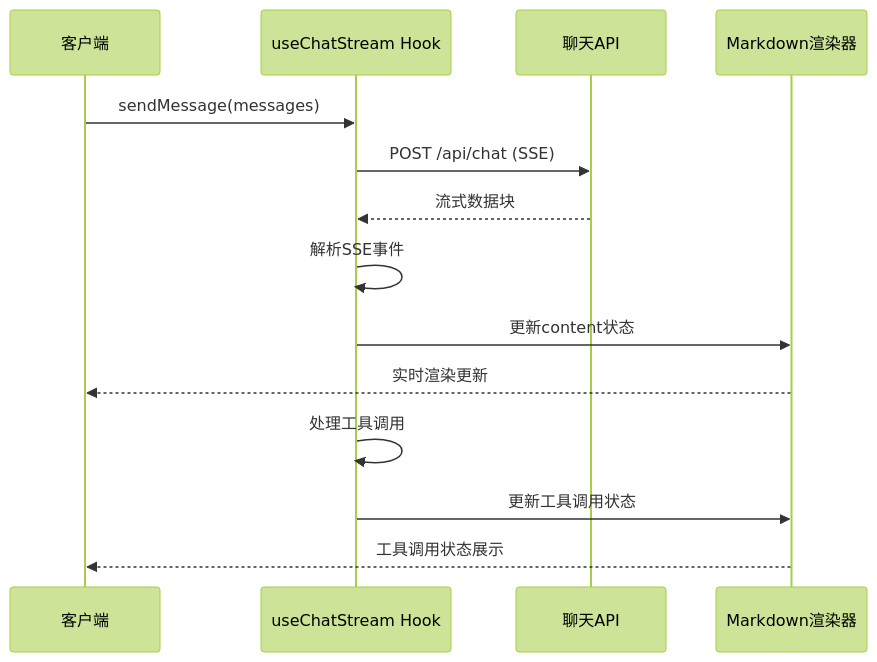
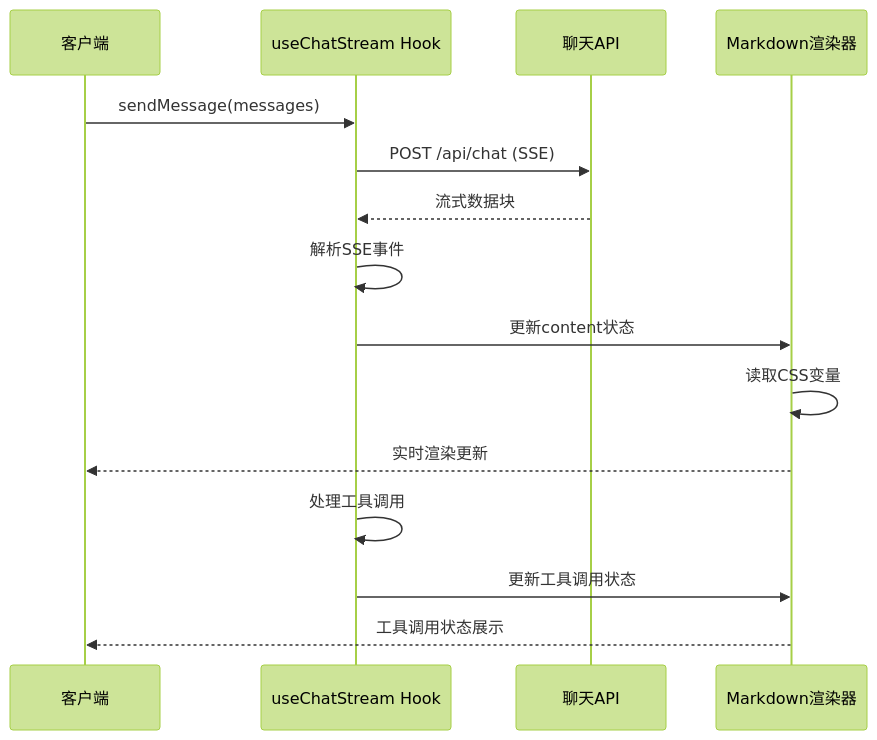
One commit to CryptoLinxu/Web3-AI-Agent changed the sixth of 9 diagrams in .qoder/repowiki/zh/content/项目概述/整体架构概览/Web应用程序/Markdown渲染功能.md. Above: the diagram before and after it, drawn with Mermaid (forest theme). The commit also changed other lines of this file and 11 other files, not shown here.

````diff
--- a/.qoder/repowiki/zh/content/项目概述/整体架构概览/Web应用程序/Markdown渲染功能.md
+++ b/.qoder/repowiki/zh/content/项目概述/整体架构概览/Web应用程序/Markdown渲染功能.md
@@ -258,16 +307,17 @@
 ```mermaid
 sequenceDiagram
 participant Client as 客户端
 participant Hook as useChatStream Hook
 participant API as 聊天API
 participant Renderer as Markdown渲染器
 Client->>Hook : sendMessage(messages)
 Hook->>API : POST /api/chat (SSE)
 API-->>Hook : 流式数据块
 Hook->>Hook : 解析SSE事件
 Hook->>Renderer : 更新content状态
+Renderer->>Renderer : 读取CSS变量
 Renderer-->>Client : 实时渲染更新
 Hook->>Hook : 处理工具调用
 Hook->>Renderer : 更新工具调用状态
 Renderer-->>Client : 工具调用状态展示
 ```
````
